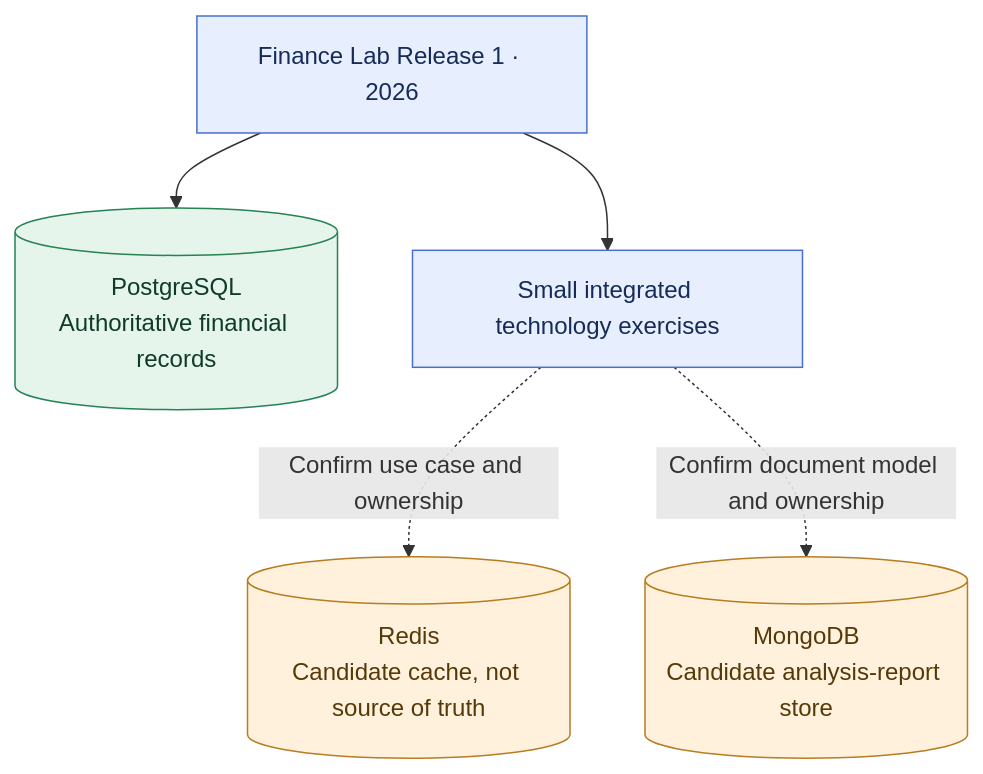
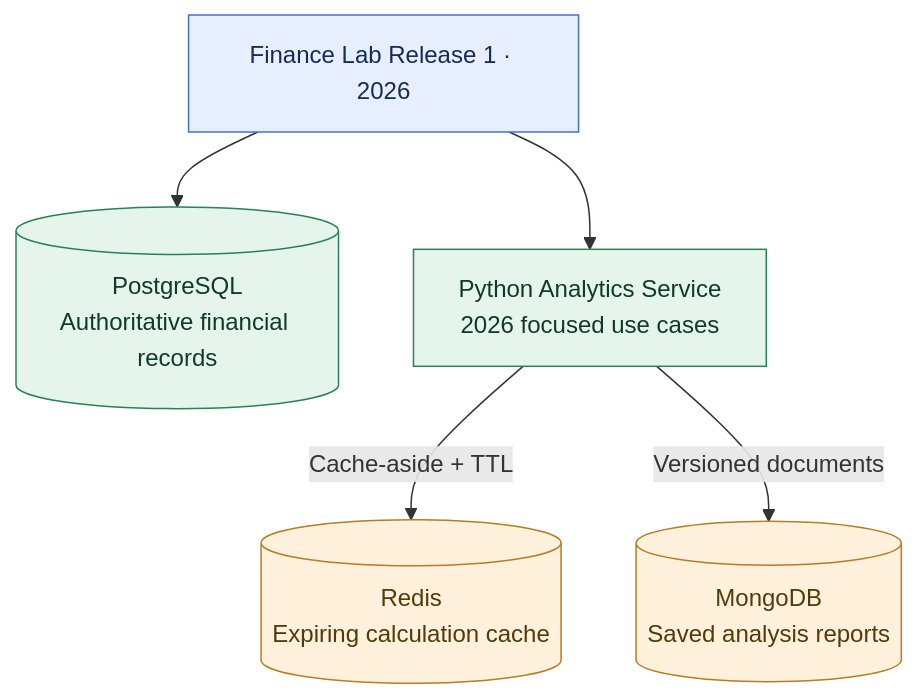
Before and after one commit to anton415/finance-lab: the diagram in docs/architecture/decisions/0008-redis-mongodb-2026-learning.md, drawn with Mermaid. The commit also changed other lines of this file and 4 other files, not shown here.

First line of the commit message:
docs(architecture): accept ADR-015 Analytics Redis and MongoDB roles

````diff
--- a/docs/architecture/decisions/0008-redis-mongodb-2026-learning.md
+++ b/docs/architecture/decisions/0008-redis-mongodb-2026-learning.md
@@ -24,20 +24,20 @@
 ```mermaid
 flowchart TD
     RELEASE["Finance Lab Release 1 · 2026"]
     PRIMARY[("PostgreSQL<br/>Authoritative financial records")]
-    LAB["Small integrated technology exercises"]
-    REDIS[("Redis<br/>Candidate cache, not source of truth")]
-    MONGO[("MongoDB<br/>Candidate analysis-report store")]
+    ANALYTICS["Python Analytics Service<br/>2026 focused use cases"]
+    REDIS[("Redis<br/>Expiring calculation cache")]
+    MONGO[("MongoDB<br/>Saved analysis reports")]
 
     RELEASE --> PRIMARY
-    RELEASE --> LAB
-    LAB -. "Confirm use case and ownership" .-> REDIS
-    LAB -. "Confirm document model and ownership" .-> MONGO
+    RELEASE --> ANALYTICS
+    ANALYTICS -->|"Cache-aside + TTL"| REDIS
+    ANALYTICS -->|"Versioned documents"| MONGO
 
     classDef platform fill:#E7EFFF,stroke:#466FD1,color:#162B58;
     classDef accepted fill:#E5F5EC,stroke:#278254,color:#103B26;
     classDef candidate fill:#FFF1DC,stroke:#B77D20,color:#563908;
-    class RELEASE,LAB platform;
-    class PRIMARY accepted;
+    class RELEASE platform;
+    class PRIMARY,ANALYTICS accepted;
     class REDIS,MONGO candidate;
 ```
````
